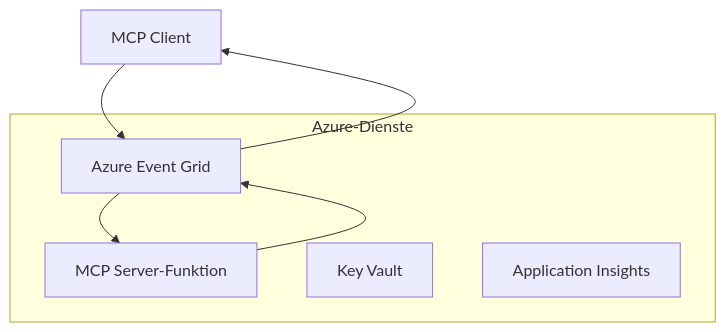
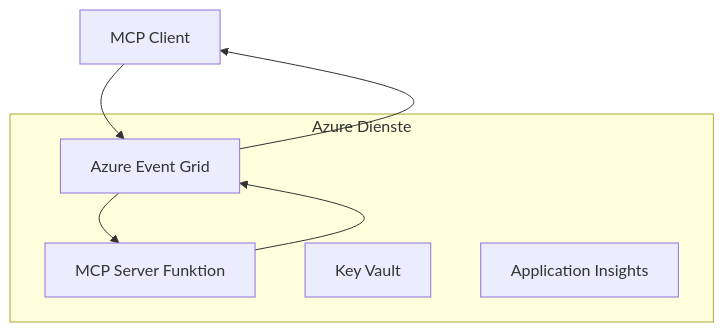
The first of 2 diagrams in mcp_ecosystem__model_context_protocol/mcp_learning_resources/mcp-for-beginners/translations/de/05-AdvancedTopics/mcp-transport/README.md (HIDORAKAI002/ai-workspace-archive), drawn with Mermaid before and after one commit. The commit also changed other lines of this file and 1539 other files, not shown here.

````diff
--- a/mcp_ecosystem__model_context_protocol/mcp_learning_resources/mcp-for-beginners/translations/de/05-AdvancedTopics/mcp-transport/README.md
+++ b/mcp_ecosystem__model_context_protocol/mcp_learning_resources/mcp-for-beginners/translations/de/05-AdvancedTopics/mcp-transport/README.md
@@ -58,14 +58,14 @@
 ```mermaid
 graph TB
     Client[MCP Client] --> EG[Azure Event Grid]
-    EG --> Server[MCP Server-Funktion]
+    EG --> Server[MCP Server Funktion]
     Server --> EG
     EG --> Client
     
-    subgraph "Azure-Dienste"
+    subgraph "Azure Dienste"
         EG
         Server
         KV[Key Vault]
         Monitor[Application Insights]
     end
 ```
````
